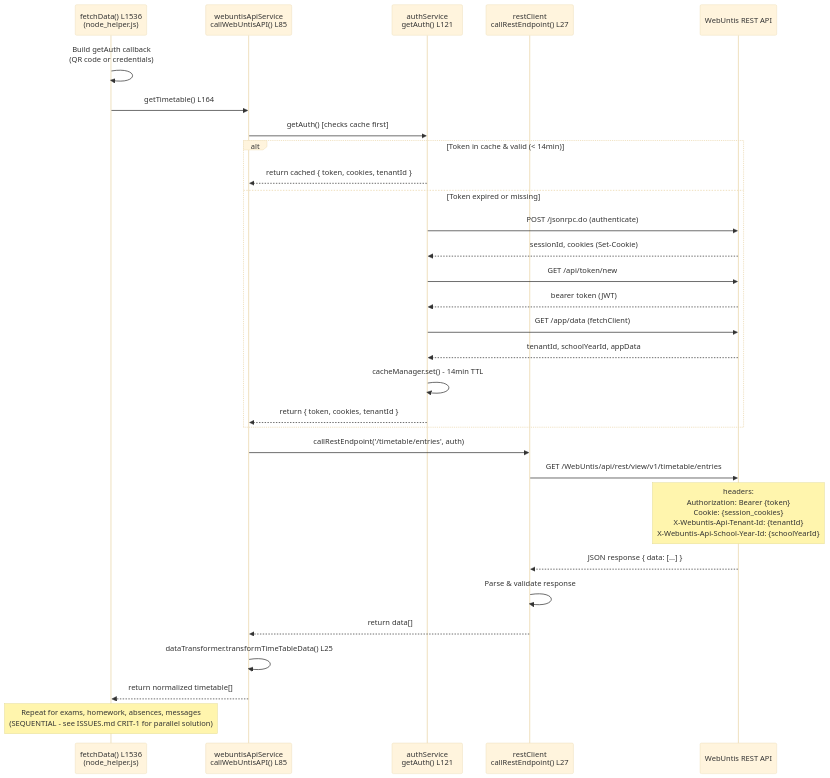
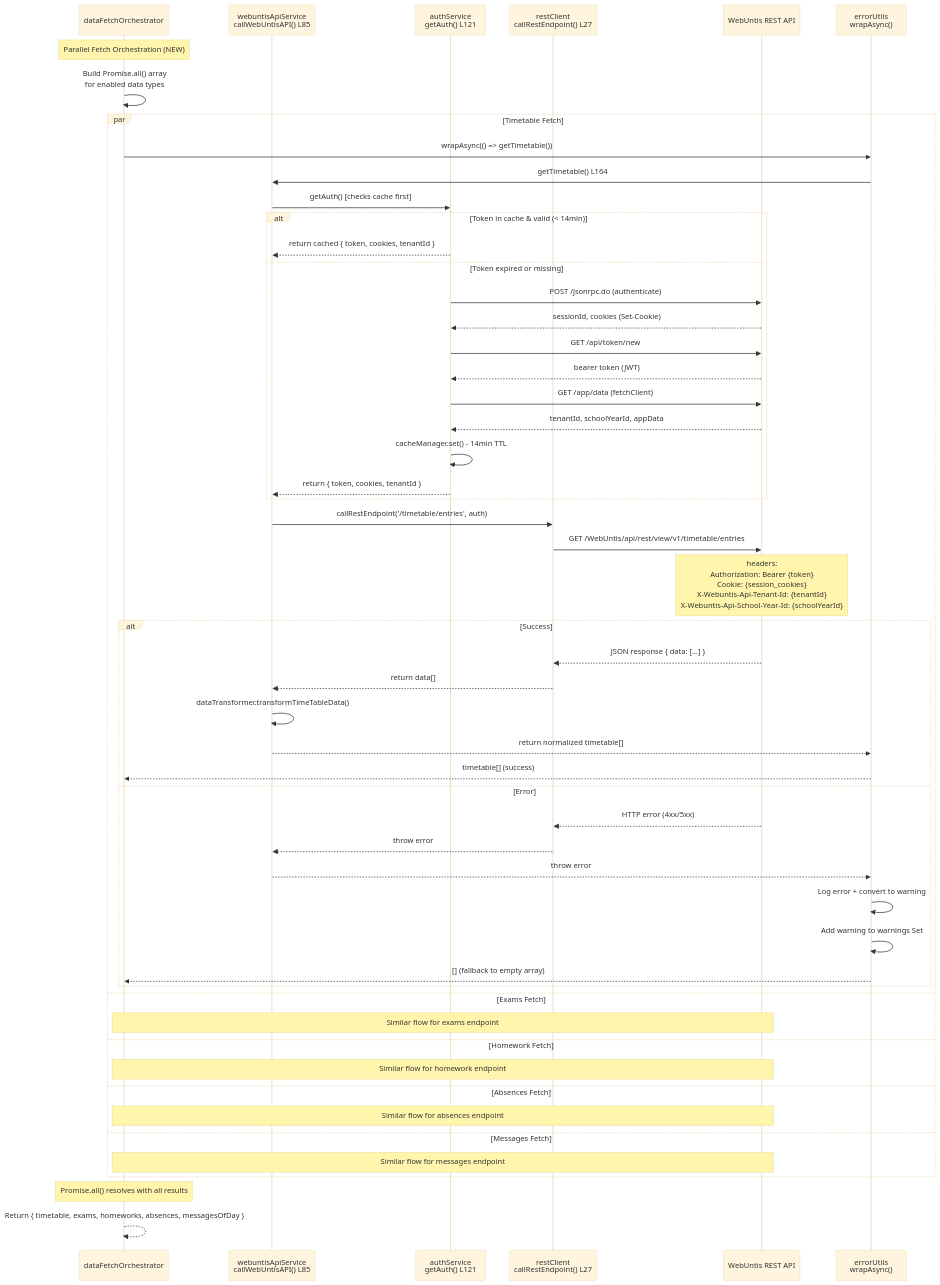
One commit to HeikoGr/MMM-Webuntis changed the sixth of 13 diagrams in docs/ARCHITECTURE.md. Above: the diagram before and after it, drawn with Mermaid (base theme). The commit also changed other lines of this file and 6 other files, not shown here.

First line of the commit message:
Refactor authentication flow and improve logging

````diff
--- a/docs/ARCHITECTURE.md
+++ b/docs/ARCHITECTURE.md
@@ -401,36 +536,61 @@
 ```mermaid
 sequenceDiagram
-    participant FD as fetchData() L1536<br/>(node_helper.js)
+    participant Orch as dataFetchOrchestrator
     participant API as webuntisApiService<br/>callWebUntisAPI() L85
     participant Auth as authService<br/>getAuth() L121
     participant RC as restClient<br/>callRestEndpoint() L27
     participant REST as WebUntis REST API
+    participant ErrUtils as errorUtils<br/>wrapAsync()
 
-    FD->>FD: Build getAuth callback<br/>(QR code or credentials)
-    FD->>API: getTimetable() L164
+    Note over Orch: Parallel Fetch Orchestration (NEW)
+    Orch->>Orch: Build Promise.all() array<br/>for enabled data types
 
-    API->>Auth: getAuth() [checks cache first]
-    alt Token in cache & valid (< 14min)
-        Auth-->>API: return cached { token, cookies, tenantId }
-    else Token expired or missing
-        Auth->>REST: POST /jsonrpc.do (authenticate)
-        REST-->>Auth: sessionId, cookies (Set-Cookie)
-        Auth->>REST: GET /api/token/new
-        REST-->>Auth: bearer token (JWT)
-        Auth->>REST: GET /app/data (fetchClient)
-        REST-->>Auth: tenantId, schoolYearId, appData
-        Auth->>Auth: cacheManager.set() - 14min TTL
-        Auth-->>API: return { token, cookies, tenantId }
+    par Timetable Fetch
+        Orch->>ErrUtils: wrapAsync(() => getTimetable())
+        ErrUtils->>API: getTimetable() L164
+        API->>Auth: getAuth() [checks cache first]
+
+        alt Token in cache & valid (< 14min)
+            Auth-->>API: return cached { token, cookies, tenantId }
+        else Token expired or missing
+            Auth->>REST: POST /jsonrpc.do (authenticate)
+            REST-->>Auth: sessionId, cookies (Set-Cookie)
+            Auth->>REST: GET /api/token/new
+            REST-->>Auth: bearer token (JWT)
+            Auth->>REST: GET /app/data (fetchClient)
+            REST-->>Auth: tenantId, schoolYearId, appData
+            Auth->>Auth: cacheManager.set() - 14min TTL
+            Auth-->>API: return { token, cookies, tenantId }
+        end
+
+        API->>RC: callRestEndpoint('/timetable/entries', auth)
+        RC->>REST: GET /WebUntis/api/rest/view/v1/timetable/entries
+        Note over REST: headers:<br/>Authorization: Bearer {token}<br/>Cookie: {session_cookies}<br/>X-Webuntis-Api-Tenant-Id: {tenantId}<br/>X-Webuntis-Api-School-Year-Id: {schoolYearId}
+
+        alt Success
+            REST-->>RC: JSON response { data: [...] }
+            RC-->>API: return data[]
+            API->>API: dataTransformer.transformTimeTableData()
+            API-->>ErrUtils: return normalized timetable[]
+            ErrUtils-->>Orch: timetable[] (success)
+        else Error
+            REST-->>RC: HTTP error (4xx/5xx)
+            RC-->>API: throw error
+            API-->>ErrUtils: throw error
+            ErrUtils->>ErrUtils: Log error + convert to warning
+            ErrUtils->>ErrUtils: Add warning to warnings Set
+            ErrUtils-->>Orch: [] (fallback to empty array)
+        end
+    and Exams Fetch
+        Note over Orch,REST: Similar flow for exams endpoint
+    and Homework Fetch
+        Note over Orch,REST: Similar flow for homework endpoint
+    and Absences Fetch
+        Note over Orch,REST: Similar flow for absences endpoint
+    and Messages Fetch
+        Note over Orch,REST: Similar flow for messages endpoint
     end
 
-    API->>RC: callRestEndpoint('/timetable/entries', auth)
-    RC->>REST: GET /WebUntis/api/rest/view/v1/timetable/entries
-    Note over REST: headers:<br/>Authorization: Bearer {token}<br/>Cookie: {session_cookies}<br/>X-Webuntis-Api-Tenant-Id: {tenantId}<br/>X-Webuntis-Api-School-Year-Id: {schoolYearId}
-    REST-->>RC: JSON response { data: [...] }
-    RC->>RC: Parse & validate response
-    RC-->>API: return data[]
-    API->>API: dataTransformer.transformTimeTableData() L25
-    API-->>FD: return normalized timetable[]
-
-    Note over FD: Repeat for exams, homework, absences, messages<br/>(SEQUENTIAL - see ISSUES.md CRIT-1 for parallel solution)
+    Note over Orch: Promise.all() resolves with all results
+    Orch-->>Orch: Return { timetable, exams, homeworks, absences, messagesOfDay }
 ```
````
